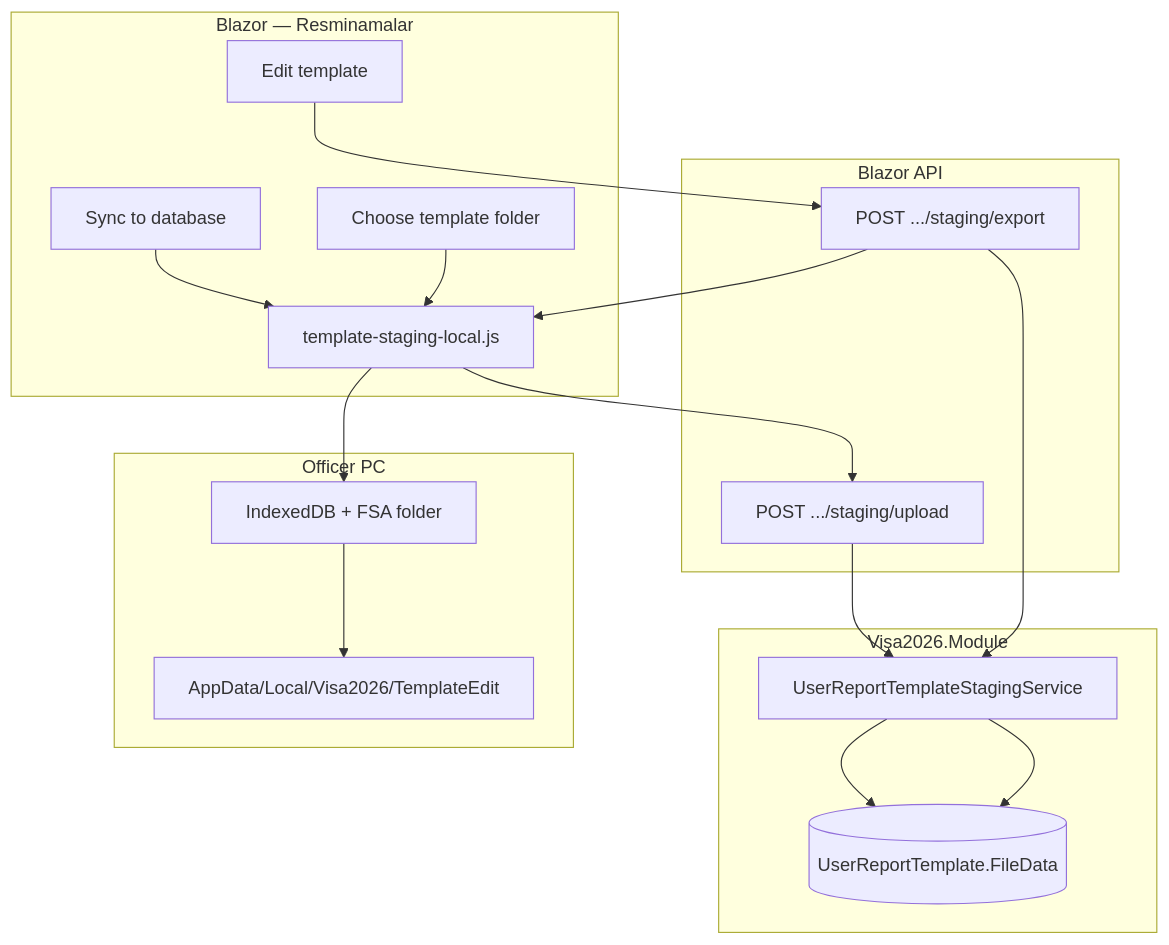
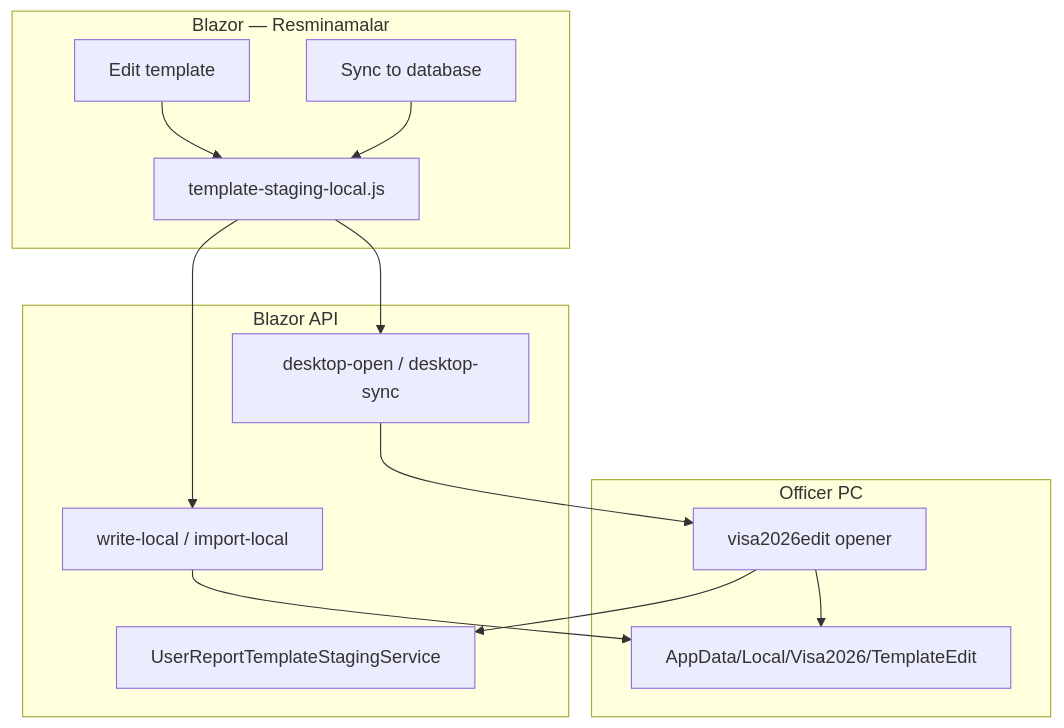
One commit to webapis/Visa2026 changed the second of 2 diagrams in docs/TEMPLATE_STAGING_EDIT.md. Above: the diagram before and after it, drawn with Mermaid. The commit also changed other lines of this file and 32 other files, not shown here.

````diff
--- a/docs/TEMPLATE_STAGING_EDIT.md
+++ b/docs/TEMPLATE_STAGING_EDIT.md
@@ -141,26 +130,24 @@
 ```mermaid
 flowchart TB
     subgraph ui [Blazor — Resminamalar]
         EDIT[Edit template]
-        CHOOSE[Choose template folder]
         SYNC[Sync to database]
         JS[template-staging-local.js]
     end
     subgraph api [Blazor API]
-        EXP[POST .../staging/export]
-        UPL[POST .../staging/upload]
-    end
-    subgraph module [Visa2026.Module]
+        LOCAL[write-local / import-local]
+        DESK[desktop-open / desktop-sync]
         SVC[UserReportTemplateStagingService]
-        DB[(UserReportTemplate.FileData)]
     end
     subgraph pc [Officer PC]
-        FSA[IndexedDB + FSA folder]
+        OPENER[visa2026edit opener]
         DOC[AppData/Local/Visa2026/TemplateEdit]
     end
 
-    CHOOSE --> JS
-    EDIT --> EXP --> SVC --> DB
-    EXP --> JS --> FSA --> DOC
-    SYNC --> JS --> UPL --> SVC --> DB
+    EDIT --> JS
+    JS --> LOCAL
+    JS --> DESK --> OPENER --> DOC
+    LOCAL --> DOC
+    SYNC --> JS
+    OPENER --> SVC
 ```
````
